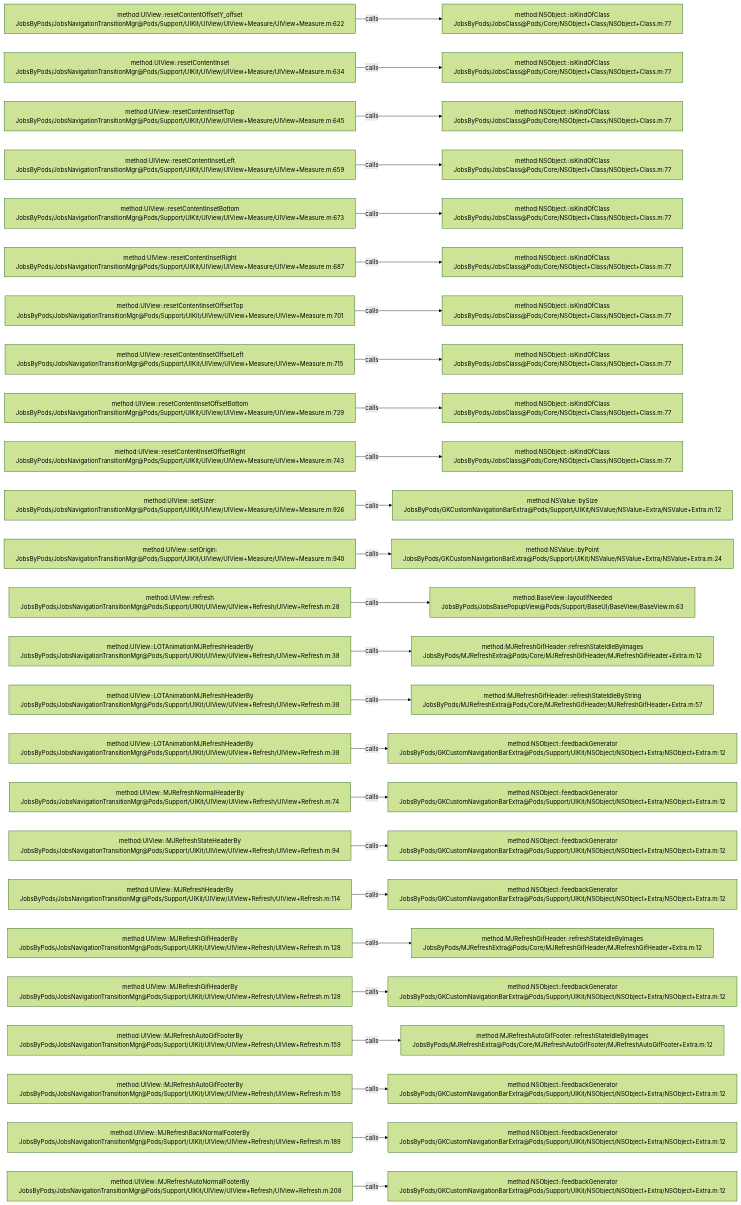
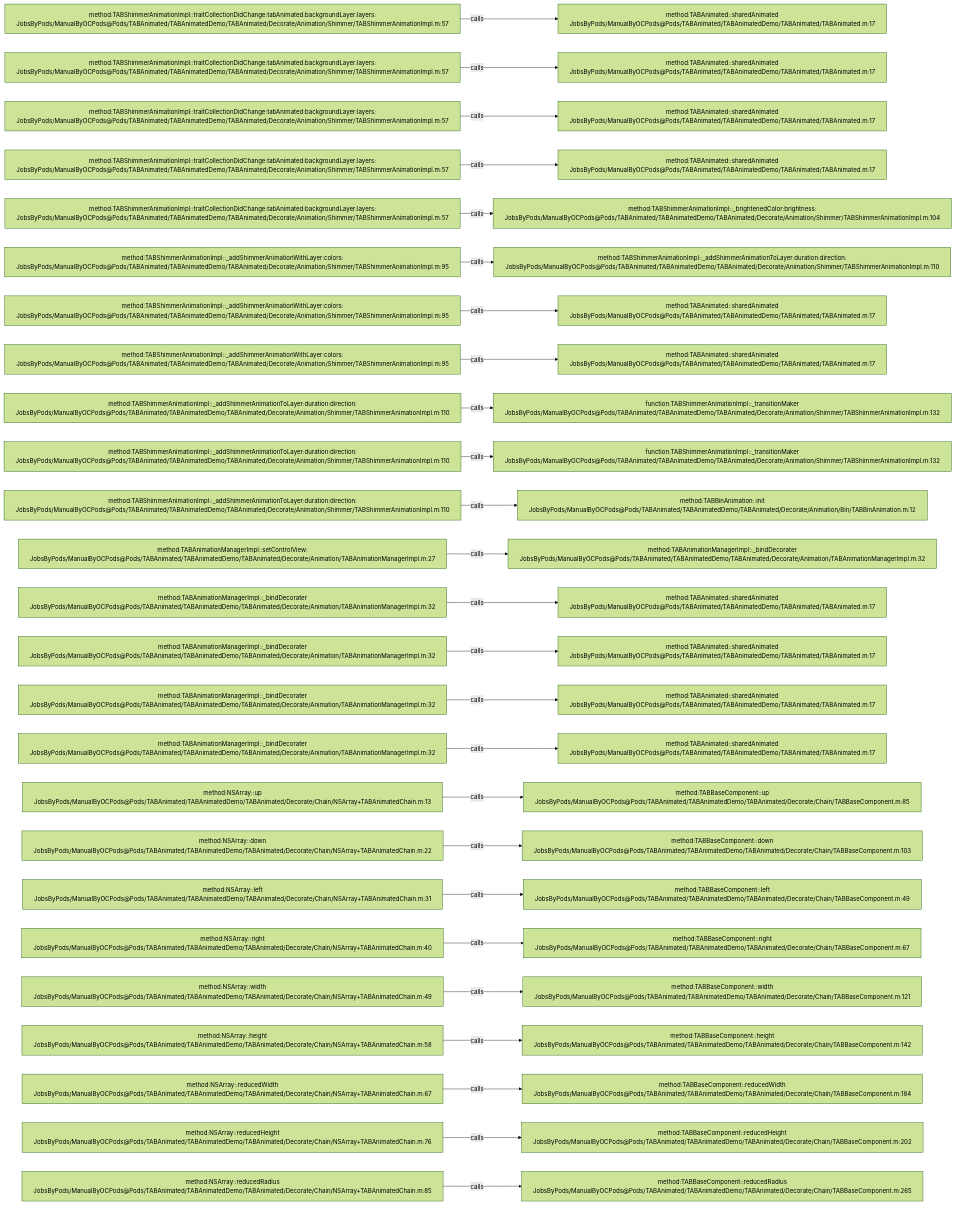
The diagram in .codegraph/codegraph.md/graphs/calls-135.md (JobsKits/JobsOCBaseConfigDemo), drawn with Mermaid (forest theme) before and after one commit. The commit also changed 573 other files, not shown here.

````diff
--- a/.codegraph/codegraph.md/graphs/calls-135.md
+++ b/.codegraph/codegraph.md/graphs/calls-135.md
@@ -13,78 +13,78 @@
 ```mermaid
 flowchart LR
-  S1["method:UIView::resetContentOffsetY_offset<br/>JobsByPods/JobsNavigationTransitionMgr@Pods/Support/UIKit/UIView/UIView+Measure/UIView+Measure.m:622"]
-  T1["method:NSObject::isKindOfClass<br/>JobsByPods/JobsClass@Pods/Core/NSObject+Class/NSObject+Class.m:77"]
+  S1["method:TABShimmerAnimationImpl::traitCollectionDidChange:tabAnimated:backgroundLayer:layers:<br/>JobsByPods/ManualByOCPods@Pods/TABAnimated/TABAnimatedDemo/TABAnimated/Decorate/Animation/Shimmer/TABShimmerAnimationImpl.m:57"]
+  T1["method:TABAnimated::sharedAnimated<br/>JobsByPods/ManualByOCPods@Pods/TABAnimated/TABAnimatedDemo/TABAnimated/TABAnimated.m:17"]
   S1 -->|calls| T1
-  S2["method:UIView::resetContentInset<br/>JobsByPods/JobsNavigationTransitionMgr@Pods/Support/UIKit/UIView/UIView+Measure/UIView+Measure.m:634"]
-  T2["method:NSObject::isKindOfClass<br/>JobsByPods/JobsClass@Pods/Core/NSObject+Class/NSObject+Class.m:77"]
+  S2["method:TABShimmerAnimationImpl::traitCollectionDidChange:tabAnimated:backgroundLayer:layers:<br/>JobsByPods/ManualByOCPods@Pods/TABAnimated/TABAnimatedDemo/TABAnimated/Decorate/Animation/Shimmer/TABShimmerAnimationImpl.m:57"]
+  T2["method:TABAnimated::sharedAnimated<br/>JobsByPods/ManualByOCPods@Pods/TABAnimated/TABAnimatedDemo/TABAnimated/TABAnimated.m:17"]
   S2 -->|calls| T2
-  S3["method:UIView::resetContentInsetTop<br/>JobsByPods/JobsNavigationTransitionMgr@Pods/Support/UIKit/UIView/UIView+Measure/UIView+Measure.m:645"]
-  T3["method:NSObject::isKindOfClass<br/>JobsByPods/JobsClass@Pods/Core/NSObject+Class/NSObject+Class.m:77"]
+  S3["method:TABShimmerAnimationImpl::traitCollectionDidChange:tabAnimated:backgroundLayer:layers:<br/>JobsByPods/ManualByOCPods@Pods/TABAnimated/TABAnimatedDemo/TABAnimated/Decorate/Animation/Shimmer/TABShimmerAnimationImpl.m:57"]
+  T3["method:TABAnimated::sharedAnimated<br/>JobsByPods/ManualByOCPods@Pods/TABAnimated/TABAnimatedDemo/TABAnimated/TABAnimated.m:17"]
   S3 -->|calls| T3
-  S4["method:UIView::resetContentInsetLeft<br/>JobsByPods/JobsNavigationTransitionMgr@Pods/Support/UIKit/UIView/UIView+Measure/UIView+Measure.m:659"]
-  T4["method:NSObject::isKindOfClass<br/>JobsByPods/JobsClass@Pods/Core/NSObject+Class/NSObject+Class.m:77"]
+  S4["method:TABShimmerAnimationImpl::traitCollectionDidChange:tabAnimated:backgroundLayer:layers:<br/>JobsByPods/ManualByOCPods@Pods/TABAnimated/TABAnimatedDemo/TABAnimated/Decorate/Animation/Shimmer/TABShimmerAnimationImpl.m:57"]
+  T4["method:TABAnimated::sharedAnimated<br/>JobsByPods/ManualByOCPods@Pods/TABAnimated/TABAnimatedDemo/TABAnimated/TABAnimated.m:17"]
   S4 -->|calls| T4
-  S5["method:UIView::resetContentInsetBottom<br/>JobsByPods/JobsNavigationTransitionMgr@Pods/Support/UIKit/UIView/UIView+Measure/UIView+Measure.m:673"]
-  T5["method:NSObject::isKindOfClass<br/>JobsByPods/JobsClass@Pods/Core/NSObject+Class/NSObject+Class.m:77"]
+  S5["method:TABShimmerAnimationImpl::traitCollectionDidChange:tabAnimated:backgroundLayer:layers:<br/>JobsByPods/ManualByOCPods@Pods/TABAnimated/TABAnimatedDemo/TABAnimated/Decorate/Animation/Shimmer/TABShimmerAnimationImpl.m:57"]
+  T5["method:TABShimmerAnimationImpl::_brightenedColor:brightness:<br/>JobsByPods/ManualByOCPods@Pods/TABAnimated/TABAnimatedDemo/TABAnimated/Decorate/Animation/Shimmer/TABShimmerAnimationImpl.m:104"]
   S5 -->|calls| T5
-  S6["method:UIView::resetContentInsetRight<br/>JobsByPods/JobsNavigationTransitionMgr@Pods/Support/UIKit/UIView/UIView+Measure/UIView+Measure.m:687"]
-  T6["method:NSObject::isKindOfClass<br/>JobsByPods/JobsClass@Pods/Core/NSObject+Class/NSObject+Class.m:77"]
+  S6["method:TABShimmerAnimationImpl::_addShimmerAnimationWithLayer:colors:<br/>JobsByPods/ManualByOCPods@Pods/TABAnimated/TABAnimatedDemo/TABAnimated/Decorate/Animation/Shimmer/TABShimmerAnimationImpl.m:95"]
+  T6["method:TABShimmerAnimationImpl::_addShimmerAnimationToLayer:duration:direction:<br/>JobsByPods/ManualByOCPods@Pods/TABAnimated/TABAnimatedDemo/TABAnimated/Decorate/Animation/Shimmer/TABShimmerAnimationImpl.m:110"]
   S6 -->|calls| T6
-  S7["method:UIView::resetContentInsetOffsetTop<br/>JobsByPods/JobsNavigationTransitionMgr@Pods/Support/UIKit/UIView/UIView+Measure/UIView+Measure.m:701"]
-  T7["method:NSObject::isKindOfClass<br/>JobsByPods/JobsClass@Pods/Core/NSObject+Class/NSObject+Class.m:77"]
+  S7["method:TABShimmerAnimationImpl::_addShimmerAnimationWithLayer:colors:<br/>JobsByPods/ManualByOCPods@Pods/TABAnimated/TABAnimatedDemo/TABAnimated/Decorate/Animation/Shimmer/TABShimmerAnimationImpl.m:95"]
+  T7["method:TABAnimated::sharedAnimated<br/>JobsByPods/ManualByOCPods@Pods/TABAnimated/TABAnimatedDemo/TABAnimated/TABAnimated.m:17"]
   S7 -->|calls| T7
-  S8["method:UIView::resetContentInsetOffsetLeft<br/>JobsByPods/JobsNavigationTransitionMgr@Pods/Support/UIKit/UIView/UIView+Measure/UIView+Measure.m:715"]
-  T8["method:NSObject::isKindOfClass<br/>JobsByPods/JobsClass@Pods/Core/NSObject+Class/NSObject+Class.m:77"]
+  S8["method:TABShimmerAnimationImpl::_addShimmerAnimationWithLayer:colors:<br/>JobsByPods/ManualByOCPods@Pods/TABAnimated/TABAnimatedDemo/TABAnimated/Decorate/Animation/Shimmer/TABShimmerAnimationImpl.m:95"]
+  T8["method:TABAnimated::sharedAnimated<br/>JobsByPods/ManualByOCPods@Pods/TABAnimated/TABAnimatedDemo/TABAnimated/TABAnimated.m:17"]
   S8 -->|calls| T8
-  S9["method:UIView::resetContentInsetOffsetBottom<br/>JobsByPods/JobsNavigationTransitionMgr@Pods/Support/UIKit/UIView/UIView+Measure/UIView+Measure.m:729"]
-  T9["method:NSObject::isKindOfClass<br/>JobsByPods/JobsClass@Pods/Core/NSObject+Class/NSObject+Class.m:77"]
+  S9["method:TABShimmerAnimationImpl::_addShimmerAnimationToLayer:duration:direction:<br/>JobsByPods/ManualByOCPods@Pods/TABAnimated/TABAnimatedDemo/TABAnimated/Decorate/Animation/Shimmer/TABShimmerAnimationImpl.m:110"]
+  T9["function:TABShimmerAnimationImpl::_transitionMaker<br/>JobsByPods/ManualByOCPods@Pods/TABAnimated/TABAnimatedDemo/TABAnimated/Decorate/Animation/Shimmer/TABShimmerAnimationImpl.m:132"]
   S9 -->|calls| T9
-  S10["method:UIView::resetContentInsetOffsetRight<br/>JobsByPods/JobsNavigationTransitionMgr@Pods/Support/UIKit/UIView/UIView+Measure/UIView+Measure.m:743"]
-  T10["method:NSObject::isKindOfClass<br/>JobsByPods/JobsClass@Pods/Core/NSObject+Class/NSObject+Class.m:77"]
+  S10["method:TABShimmerAnimationImpl::_addShimmerAnimationToLayer:duration:direction:<br/>JobsByPods/ManualByOCPods@Pods/TABAnimated/TABAnimatedDemo/TABAnimated/Decorate/Animation/Shimmer/TABShimmerAnimationImpl.m:110"]
+  T10["function:TABShimmerAnimationImpl::_transitionMaker<br/>JobsByPods/ManualByOCPods@Pods/TABAnimated/TABAnimatedDemo/TABAnimated/Decorate/Animation/Shimmer/TABShimmerAnimationImpl.m:132"]
   S10 -->|calls| T10
-  S11["method:UIView::setSizer:<br/>JobsByPods/JobsNavigationTransitionMgr@Pods/Support/UIKit/UIView/UIView+Measure/UIView+Measure.m:926"]
-  T11["method:NSValue::bySize<br/>JobsByPods/GKCustomNavigationBarExtra@Pods/Support/UIKit/NSValue/NSValue+Extra/NSValue+Extra.m:12"]
+  S11["method:TABShimmerAnimationImpl::_addShimmerAnimationToLayer:duration:direction:<br/>JobsByPods/ManualByOCPods@Pods/TABAnimated/TABAnimatedDemo/TABAnimated/Decorate/Animation/Shimmer/TABShimmerAnimationImpl.m:110"]
+  T11["method:TABBinAnimation::init<br/>JobsByPods/ManualByOCPods@Pods/TABAnimated/TABAnimatedDemo/TABAnimated/Decorate/Animation/Bin/TABBinAnimation.m:12"]
   S11 -->|calls| T11
-  S12["method:UIView::setOrigin:<br/>JobsByPods/JobsNavigationTransitionMgr@Pods/Support/UIKit/UIView/UIView+Measure/UIView+Measure.m:940"]
-  T12["method:NSValue::byPoint<br/>JobsByPods/GKCustomNavigationBarExtra@Pods/Support/UIKit/NSValue/NSValue+Extra/NSValue+Extra.m:24"]
+  S12["method:TABAnimationManagerImpl::setControlView:<br/>JobsByPods/ManualByOCPods@Pods/TABAnimated/TABAnimatedDemo/TABAnimated/Decorate/Animation/TABAnimationManagerImpl.m:27"]
+  T12["method:TABAnimationManagerImpl::_bindDecorater<br/>JobsByPods/ManualByOCPods@Pods/TABAnimated/TABAnimatedDemo/TABAnimated/Decorate/Animation/TABAnimationManagerImpl.m:32"]
   S12 -->|calls| T12
-  S13["method:UIView::refresh<br/>JobsByPods/JobsNavigationTransitionMgr@Pods/Support/UIKit/UIView/UIView+Refresh/UIView+Refresh.m:28"]
-  T13["method:BaseView::layoutIfNeeded<br/>JobsByPods/JobsBasePopupView@Pods/Support/BaseUI/BaseView/BaseView.m:63"]
+  S13["method:TABAnimationManagerImpl::_bindDecorater<br/>JobsByPods/ManualByOCPods@Pods/TABAnimated/TABAnimatedDemo/TABAnimated/Decorate/Animation/TABAnimationManagerImpl.m:32"]
+  T13["method:TABAnimated::sharedAnimated<br/>JobsByPods/ManualByOCPods@Pods/TABAnimated/TABAnimatedDemo/TABAnimated/TABAnimated.m:17"]
   S13 -->|calls| T13
-  S14["method:UIView::LOTAnimationMJRefreshHeaderBy<br/>JobsByPods/JobsNavigationTransitionMgr@Pods/Support/UIKit/UIView/UIView+Refresh/UIView+Refresh.m:38"]
-  T14["method:MJRefreshGifHeader::refreshStateIdleByImages<br/>JobsByPods/MJRefreshExtra@Pods/Core/MJRefreshGifHeader/MJRefreshGifHeader+Extra.m:12"]
+  S14["method:TABAnimationManagerImpl::_bindDecorater<br/>JobsByPods/ManualByOCPods@Pods/TABAnimated/TABAnimatedDemo/TABAnimated/Decorate/Animation/TABAnimationManagerImpl.m:32"]
+  T14["method:TABAnimated::sharedAnimated<br/>JobsByPods/ManualByOCPods@Pods/TABAnimated/TABAnimatedDemo/TABAnimated/TABAnimated.m:17"]
   S14 -->|calls| T14
-  S15["method:UIView::LOTAnimationMJRefreshHeaderBy<br/>JobsByPods/JobsNavigationTransitionMgr@Pods/Support/UIKit/UIView/UIView+Refresh/UIView+Refresh.m:38"]
-  T15["method:MJRefreshGifHeader::refreshStateIdleByString<br/>JobsByPods/MJRefreshExtra@Pods/Core/MJRefreshGifHeader/MJRefreshGifHeader+Extra.m:57"]
+  S15["method:TABAnimationManagerImpl::_bindDecorater<br/>JobsByPods/ManualByOCPods@Pods/TABAnimated/TABAnimatedDemo/TABAnimated/Decorate/Animation/TABAnimationManagerImpl.m:32"]
+  T15["method:TABAnimated::sharedAnimated<br/>JobsByPods/ManualByOCPods@Pods/TABAnimated/TABAnimatedDemo/TABAnimated/TABAnimated.m:17"]
   S15 -->|calls| T15
-  S16["method:UIView::LOTAnimationMJRefreshHeaderBy<br/>JobsByPods/JobsNavigationTransitionMgr@Pods/Support/UIKit/UIView/UIView+Refresh/UIView+Refresh.m:38"]
-  T16["method:NSObject::feedbackGenerator<br/>JobsByPods/GKCustomNavigationBarExtra@Pods/Support/UIKit/NSObject/NSObject+Extra/NSObject+Extra.m:12"]
+  S16["method:TABAnimationManagerImpl::_bindDecorater<br/>JobsByPods/ManualByOCPods@Pods/TABAnimated/TABAnimatedDemo/TABAnimated/Decorate/Animation/TABAnimationManagerImpl.m:32"]
+  T16["method:TABAnimated::sharedAnimated<br/>JobsByPods/ManualByOCPods@Pods/TABAnimated/TABAnimatedDemo/TABAnimated/TABAnimated.m:17"]
   S16 -->|calls| T16
-  S17["method:UIView::MJRefreshNormalHeaderBy<br/>JobsByPods/JobsNavigationTransitionMgr@Pods/Support/UIKit/UIView/UIView+Refresh/UIView+Refresh.m:74"]
-  T17["method:NSObject::feedbackGenerator<br/>JobsByPods/GKCustomNavigationBarExtra@Pods/Support/UIKit/NSObject/NSObject+Extra/NSObject+Extra.m:12"]
+  S17["method:NSArray::up<br/>JobsByPods/ManualByOCPods@Pods/TABAnimated/TABAnimatedDemo/TABAnimated/Decorate/Chain/NSArray+TABAnimatedChain.m:13"]
+  T17["method:TABBaseComponent::up<br/>JobsByPods/ManualByOCPods@Pods/TABAnimated/TABAnimatedDemo/TABAnimated/Decorate/Chain/TABBaseComponent.m:85"]
   S17 -->|calls| T17
-  S18["method:UIView::MJRefreshStateHeaderBy<br/>JobsByPods/JobsNavigationTransitionMgr@Pods/Support/UIKit/UIView/UIView+Refresh/UIView+Refresh.m:94"]
-  T18["method:NSObject::feedbackGenerator<br/>JobsByPods/GKCustomNavigationBarExtra@Pods/Support/UIKit/NSObject/NSObject+Extra/NSObject+Extra.m:12"]
+  S18["method:NSArray::down<br/>JobsByPods/ManualByOCPods@Pods/TABAnimated/TABAnimatedDemo/TABAnimated/Decorate/Chain/NSArray+TABAnimatedChain.m:22"]
+  T18["method:TABBaseComponent::down<br/>JobsByPods/ManualByOCPods@Pods/TABAnimated/TABAnimatedDemo/TABAnimated/Decorate/Chain/TABBaseComponent.m:103"]
   S18 -->|calls| T18
-  S19["method:UIView::MJRefreshHeaderBy<br/>JobsByPods/JobsNavigationTransitionMgr@Pods/Support/UIKit/UIView/UIView+Refresh/UIView+Refresh.m:114"]
-  T19["method:NSObject::feedbackGenerator<br/>JobsByPods/GKCustomNavigationBarExtra@Pods/Support/UIKit/NSObject/NSObject+Extra/NSObject+Extra.m:12"]
+  S19["method:NSArray::left<br/>JobsByPods/ManualByOCPods@Pods/TABAnimated/TABAnimatedDemo/TABAnimated/Decorate/Chain/NSArray+TABAnimatedChain.m:31"]
+  T19["method:TABBaseComponent::left<br/>JobsByPods/ManualByOCPods@Pods/TABAnimated/TABAnimatedDemo/TABAnimated/Decorate/Chain/TABBaseComponent.m:49"]
   S19 -->|calls| T19
-  S20["method:UIView::MJRefreshGifHeaderBy<br/>JobsByPods/JobsNavigationTransitionMgr@Pods/Support/UIKit/UIView/UIView+Refresh/UIView+Refresh.m:128"]
-  T20["method:MJRefreshGifHeader::refreshStateIdleByImages<br/>JobsByPods/MJRefreshExtra@Pods/Core/MJRefreshGifHeader/MJRefreshGifHeader+Extra.m:12"]
+  S20["method:NSArray::right<br/>JobsByPods/ManualByOCPods@Pods/TABAnimated/TABAnimatedDemo/TABAnimated/Decorate/Chain/NSArray+TABAnimatedChain.m:40"]
+  T20["method:TABBaseComponent::right<br/>JobsByPods/ManualByOCPods@Pods/TABAnimated/TABAnimatedDemo/TABAnimated/Decorate/Chain/TABBaseComponent.m:67"]
   S20 -->|calls| T20
-  S21["method:UIView::MJRefreshGifHeaderBy<br/>JobsByPods/JobsNavigationTransitionMgr@Pods/Support/UIKit/UIView/UIView+Refresh/UIView+Refresh.m:128"]
-  T21["method:NSObject::feedbackGenerator<br/>JobsByPods/GKCustomNavigationBarExtra@Pods/Support/UIKit/NSObject/NSObject+Extra/NSObject+Extra.m:12"]
+  S21["method:NSArray::width<br/>JobsByPods/ManualByOCPods@Pods/TABAnimated/TABAnimatedDemo/TABAnimated/Decorate/Chain/NSArray+TABAnimatedChain.m:49"]
+  T21["method:TABBaseComponent::width<br/>JobsByPods/ManualByOCPods@Pods/TABAnimated/TABAnimatedDemo/TABAnimated/Decorate/Chain/TABBaseComponent.m:121"]
   S21 -->|calls| T21
-  S22["method:UIView::MJRefreshAutoGifFooterBy<br/>JobsByPods/JobsNavigationTransitionMgr@Pods/Support/UIKit/UIView/UIView+Refresh/UIView+Refresh.m:159"]
-  T22["method:MJRefreshAutoGifFooter::refreshStateIdleByImages<br/>JobsByPods/MJRefreshExtra@Pods/Core/MJRefreshAutoGifFooter/MJRefreshAutoGifFooter+Extra.m:12"]
+  S22["method:NSArray::height<br/>JobsByPods/ManualByOCPods@Pods/TABAnimated/TABAnimatedDemo/TABAnimated/Decorate/Chain/NSArray+TABAnimatedChain.m:58"]
+  T22["method:TABBaseComponent::height<br/>JobsByPods/ManualByOCPods@Pods/TABAnimated/TABAnimatedDemo/TABAnimated/Decorate/Chain/TABBaseComponent.m:142"]
   S22 -->|calls| T22
-  S23["method:UIView::MJRefreshAutoGifFooterBy<br/>JobsByPods/JobsNavigationTransitionMgr@Pods/Support/UIKit/UIView/UIView+Refresh/UIView+Refresh.m:159"]
-  T23["method:NSObject::feedbackGenerator<br/>JobsByPods/GKCustomNavigationBarExtra@Pods/Support/UIKit/NSObject/NSObject+Extra/NSObject+Extra.m:12"]
+  S23["method:NSArray::reducedWidth<br/>JobsByPods/ManualByOCPods@Pods/TABAnimated/TABAnimatedDemo/TABAnimated/Decorate/Chain/NSArray+TABAnimatedChain.m:67"]
+  T23["method:TABBaseComponent::reducedWidth<br/>JobsByPods/ManualByOCPods@Pods/TABAnimated/TABAnimatedDemo/TABAnimated/Decorate/Chain/TABBaseComponent.m:184"]
   S23 -->|calls| T23
-  S24["method:UIView::MJRefreshBackNormalFooterBy<br/>JobsByPods/JobsNavigationTransitionMgr@Pods/Support/UIKit/UIView/UIView+Refresh/UIView+Refresh.m:189"]
-  T24["method:NSObject::feedbackGenerator<br/>JobsByPods/GKCustomNavigationBarExtra@Pods/Support/UIKit/NSObject/NSObject+Extra/NSObject+Extra.m:12"]
+  S24["method:NSArray::reducedHeight<br/>JobsByPods/ManualByOCPods@Pods/TABAnimated/TABAnimatedDemo/TABAnimated/Decorate/Chain/NSArray+TABAnimatedChain.m:76"]
+  T24["method:TABBaseComponent::reducedHeight<br/>JobsByPods/ManualByOCPods@Pods/TABAnimated/TABAnimatedDemo/TABAnimated/Decorate/Chain/TABBaseComponent.m:202"]
   S24 -->|calls| T24
-  S25["method:UIView::MJRefreshAutoNormalFooterBy<br/>JobsByPods/JobsNavigationTransitionMgr@Pods/Support/UIKit/UIView/UIView+Refresh/UIView+Refresh.m:208"]
-  T25["method:NSObject::feedbackGenerator<br/>JobsByPods/GKCustomNavigationBarExtra@Pods/Support/UIKit/NSObject/NSObject+Extra/NSObject+Extra.m:12"]
+  S25["method:NSArray::reducedRadius<br/>JobsByPods/ManualByOCPods@Pods/TABAnimated/TABAnimatedDemo/TABAnimated/Decorate/Chain/NSArray+TABAnimatedChain.m:85"]
+  T25["method:TABBaseComponent::reducedRadius<br/>JobsByPods/ManualByOCPods@Pods/TABAnimated/TABAnimatedDemo/TABAnimated/Decorate/Chain/TABBaseComponent.m:265"]
   S25 -->|calls| T25
 ```
````
